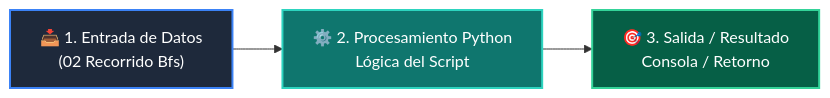
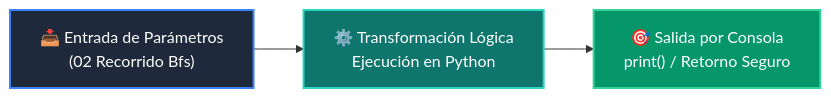
Before and after one commit to wisrovi/wisrovi-python: the diagram in 02-algoritmos-estructuras/clase-07-grafos-y-recorridos/ejemplos/ejemplo_02_recorrido_bfs/README.md, drawn with Mermaid. The commit also changed other lines of this file and 226 other files, not shown here.

Commit message:
docs: elevate all repository READMEs to world-class mastery standard with rich pedagogical architecture, custom Mermaids, and professional styling

````diff
--- a/02-algoritmos-estructuras/clase-07-grafos-y-recorridos/ejemplos/ejemplo_02_recorrido_bfs/README.md
+++ b/02-algoritmos-estructuras/clase-07-grafos-y-recorridos/ejemplos/ejemplo_02_recorrido_bfs/README.md
@@ -12,9 +19,9 @@
 ```mermaid
 flowchart LR
-    A["📥 1. Entrada de Datos<br/>(02 Recorrido Bfs)"] --> B["⚙️ 2. Procesamiento Python<br/>Lógica del Script"]
-    B --> C["🎯 3. Salida / Resultado<br/>Consola / Retorno"]
+    A["📥 Entrada de Parámetros<br/>(02 Recorrido Bfs)"] --> B["⚙️ Transformación Lógica<br/>Ejecución en Python"]
+    B --> C["🎯 Salida por Consola<br/>print() / Retorno Seguro"]
 
-    style A fill:#1e293b,color:#fff,stroke:#3b82f6,stroke-width:2px
-    style B fill:#0f766e,color:#fff,stroke:#2dd4bf,stroke-width:2px
-    style C fill:#065f46,color:#fff,stroke:#34d399,stroke-width:2px
+    style A fill:#1e293b,color:#ffffff,stroke:#3b82f6,stroke-width:2px
+    style B fill:#0f766e,color:#ffffff,stroke:#2dd4bf,stroke-width:2px
+    style C fill:#059669,color:#ffffff,stroke:#34d399,stroke-width:2px
 ```
````
